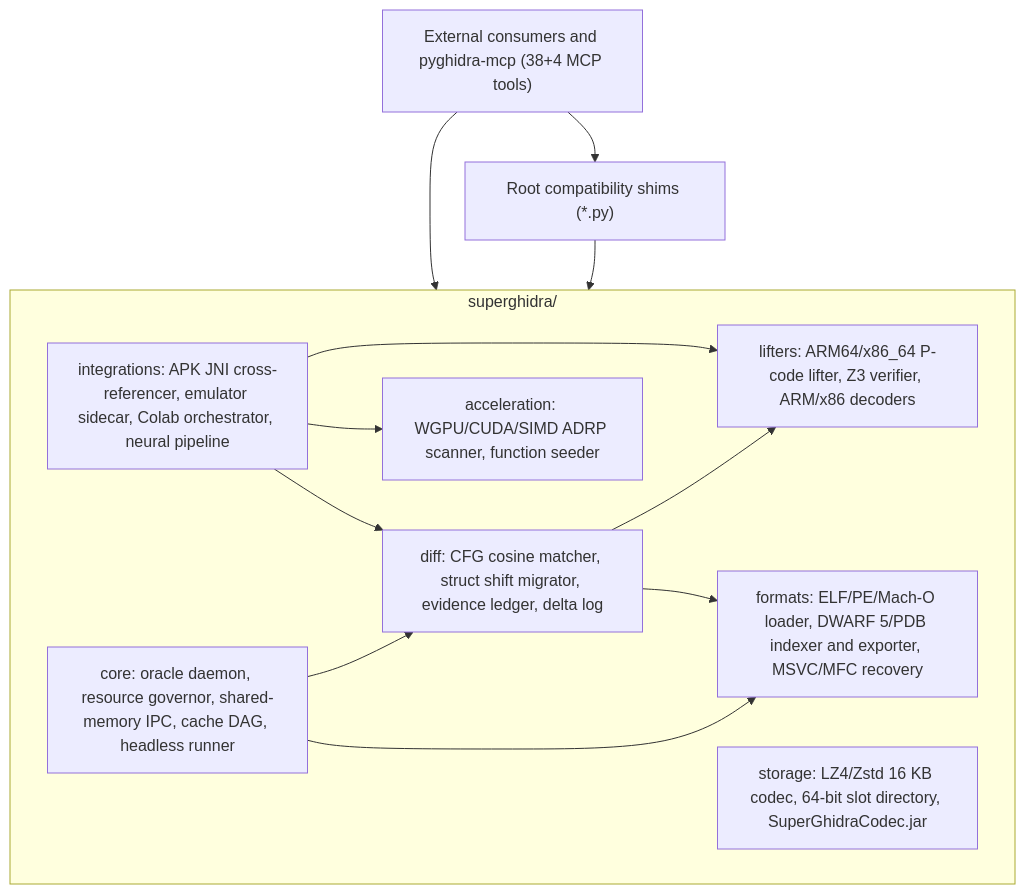
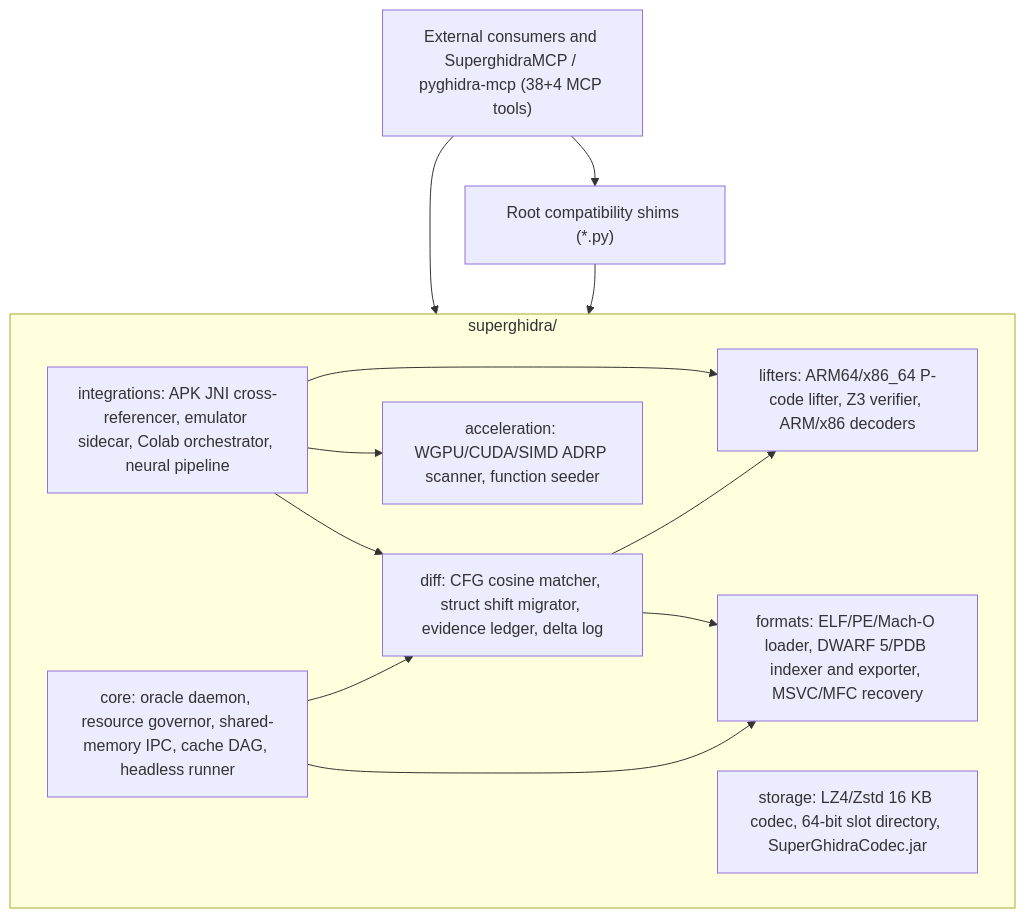
The diagram in ARCHITECTURE.md (yuatemycat/SuperGhidra), drawn with Mermaid before and after one commit. The commit also changed 3 other files, not shown here.

Commit message:
docs: link SuperghidraMCP repository and update architecture references

````diff
--- a/ARCHITECTURE.md
+++ b/ARCHITECTURE.md
@@ -7,24 +7,24 @@
 ```mermaid
 flowchart TD
-    MCP["External consumers and pyghidra-mcp (38+4 MCP tools)"] --> Shims["Root compatibility shims (*.py)"]
+    MCP["External consumers and SuperghidraMCP / pyghidra-mcp (38+4 MCP tools)"] --> Shims["Root compatibility shims (*.py)"]
     MCP --> Canonical["Canonical package (superghidra.*)"]
     Shims --> Canonical
 
     subgraph Canonical["superghidra/"]
         Core["core: oracle daemon, resource governor, shared-memory IPC, cache DAG, headless runner"]
         Storage["storage: LZ4/Zstd 16 KB codec, 64-bit slot directory, SuperGhidraCodec.jar"]
         Accel["acceleration: WGPU/CUDA/SIMD ADRP scanner, function seeder"]
         Diff["diff: CFG cosine matcher, struct shift migrator, evidence ledger, delta log"]
         Lifters["lifters: ARM64/x86_64 P-code lifter, Z3 verifier, ARM/x86 decoders"]
         Formats["formats: ELF/PE/Mach-O loader, DWARF 5/PDB indexer and exporter, MSVC/MFC recovery"]
         Integ["integrations: APK JNI cross-referencer, emulator sidecar, Colab orchestrator, neural pipeline"]
     end
 
     Integ --> Diff
     Integ --> Lifters
     Integ --> Accel
     Diff --> Lifters
     Diff --> Formats
     Core --> Formats
     Core --> Diff
 ```
````
